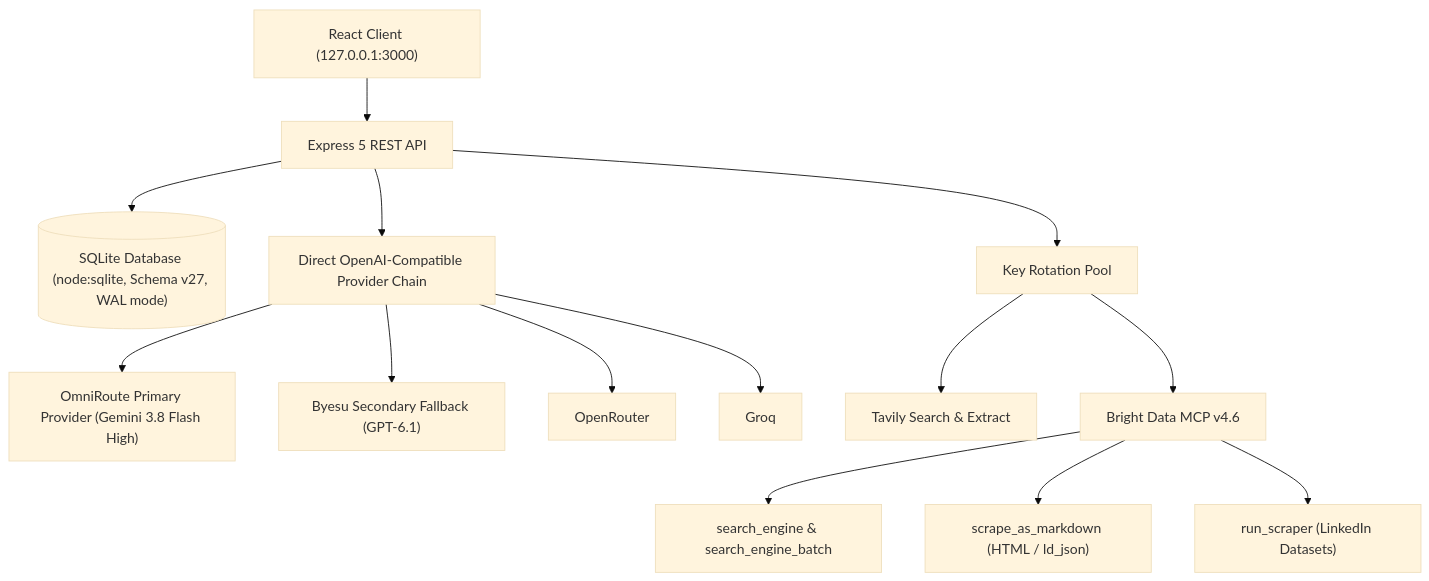
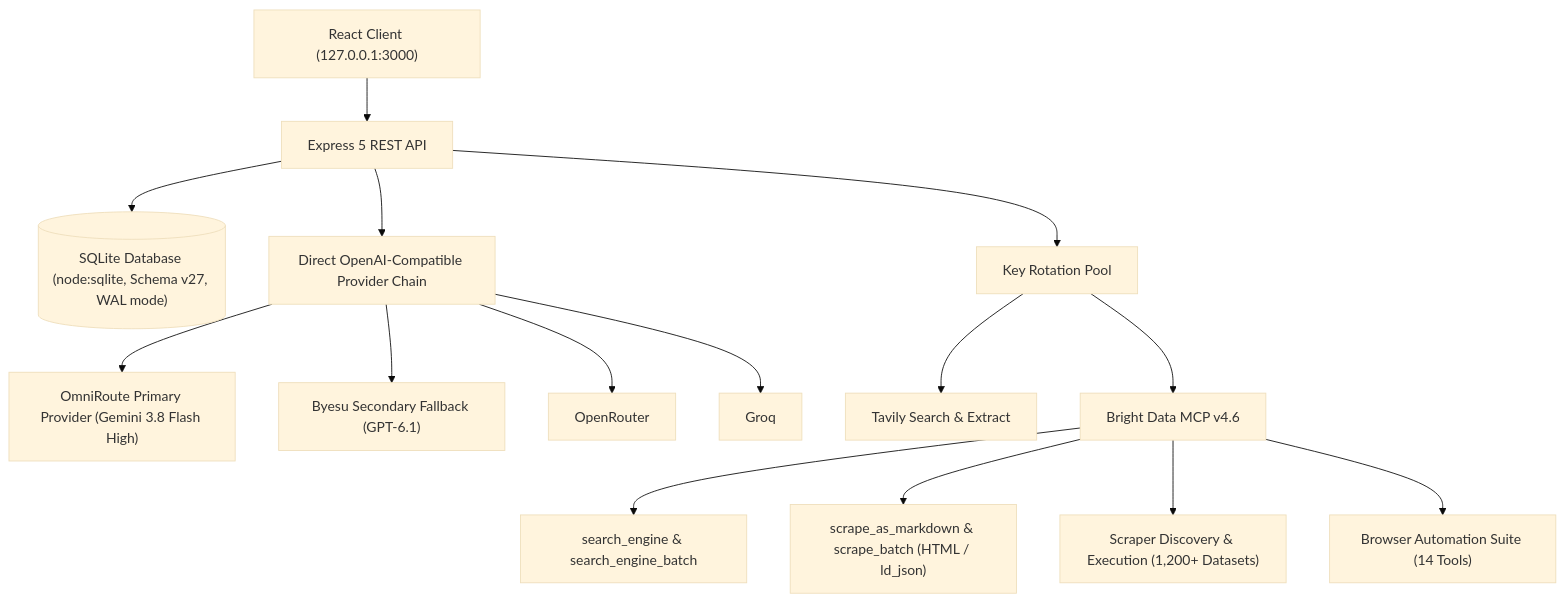
Before and after one commit to AliasHolmes/Apex-CRM: the second of 2 diagrams in README.md, drawn with Mermaid (base theme). The commit also changed other lines of this file and 11 other files, not shown here.

Commit message:
fix(brightdata): remediate v4.6.0 audit findings, standardize batch limits, and wrap browser/scraper tools

````diff
--- a/README.md
+++ b/README.md
@@ -223,18 +230,19 @@
 ```mermaid
 graph TD
     UI["React Client (127.0.0.1:3000)"] --> API["Express 5 REST API"]
     API --> DB[("SQLite Database (node:sqlite, Schema v27, WAL mode)")]
 
     API --> Direct["Direct OpenAI-Compatible Provider Chain"]
     Direct --> Primary["OmniRoute Primary Provider (Gemini 3.8 Flash High)"]
     Direct --> Secondary["Byesu Secondary Fallback (GPT-6.1)"]
     Direct --> OpenRouter["OpenRouter"]
     Direct --> Groq["Groq"]
 
     API --> KeyRotator["Key Rotation Pool"]
     KeyRotator --> Tavily["Tavily Search & Extract"]
     KeyRotator --> MCP["Bright Data MCP v4.6"]
     MCP --> BDSearch["search_engine & search_engine_batch"]
-    MCP --> BDScrape["scrape_as_markdown (HTML / ld_json)"]
-    MCP --> BDDataset["run_scraper (LinkedIn Datasets)"]
+    MCP --> BDScrape["scrape_as_markdown & scrape_batch (HTML / ld_json)"]
+    MCP --> BDScraper["Scraper Discovery & Execution (1,200+ Datasets)"]
+    MCP --> BDBrowser["Browser Automation Suite (14 Tools)"]
 ```
````
